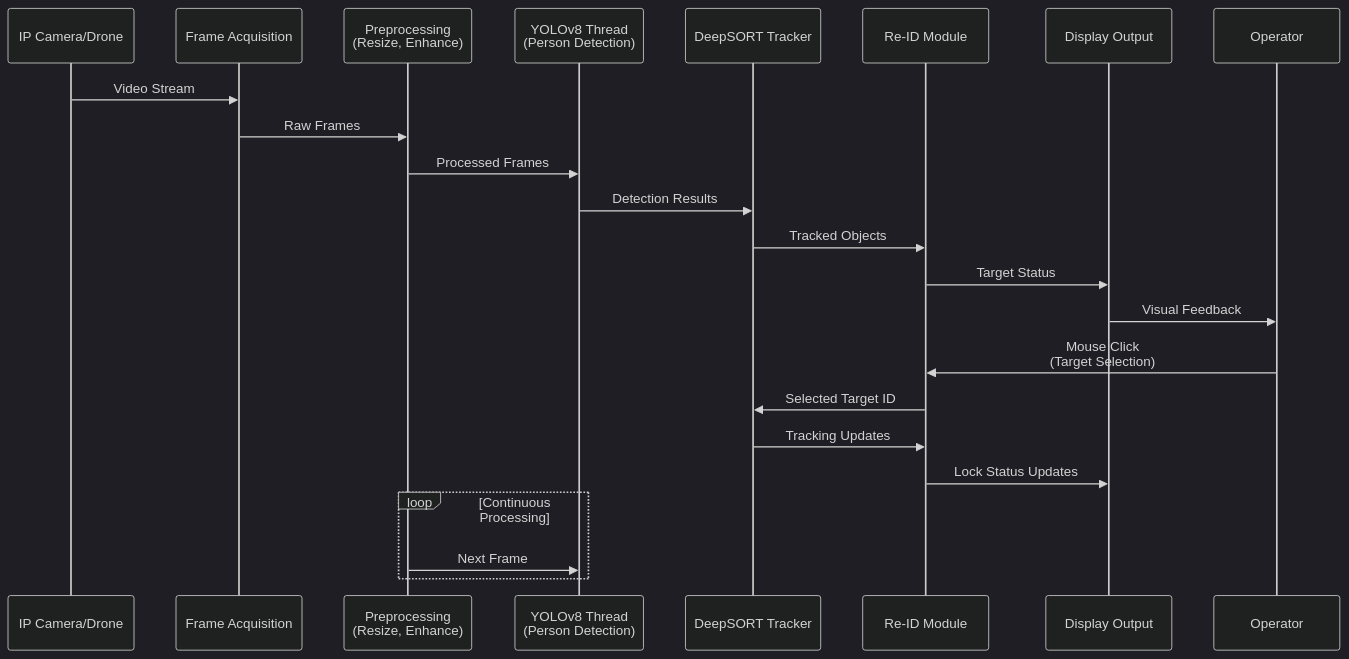
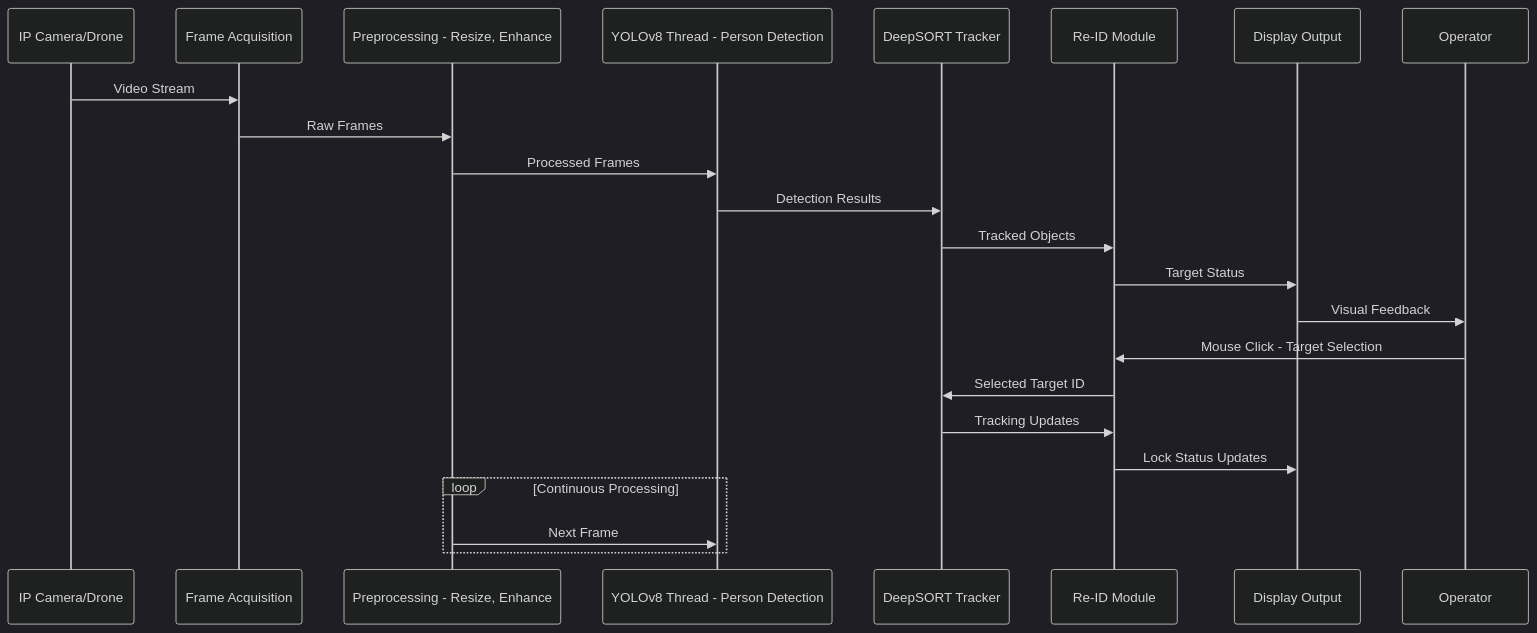
One commit to Shruti-454/ard_drone changed the second of 3 diagrams in README.md. Above: the diagram before and after it, drawn with Mermaid (dark theme). The commit also changed other lines of this file, not shown here.

First line of the commit message:
Fix Mermaid diagram syntax errors in README.md

````diff
--- a/README.md
+++ b/README.md
@@ -161,27 +161,27 @@
 ```mermaid
 sequenceDiagram
     participant Camera as IP Camera/Drone
     participant Acq as Frame Acquisition
-    participant Preprocess as Preprocessing<br/>(Resize, Enhance)
-    participant Yolo as YOLOv8 Thread<br/>(Person Detection)
+    participant Preprocess as Preprocessing - Resize, Enhance
+    participant Yolo as YOLOv8 Thread - Person Detection
     participant DeepSORT as DeepSORT Tracker
     participant ReID as Re-ID Module
     participant Display as Display Output
     participant User as Operator
 
     Camera->>Acq: Video Stream
     Acq->>Preprocess: Raw Frames
     Preprocess->>Yolo: Processed Frames
     Yolo->>DeepSORT: Detection Results
     DeepSORT->>ReID: Tracked Objects
     ReID->>Display: Target Status
     Display->>User: Visual Feedback
-    User->>ReID: Mouse Click<br/>(Target Selection)
+    User->>ReID: Mouse Click - Target Selection
     ReID->>DeepSORT: Selected Target ID
     DeepSORT->>ReID: Tracking Updates
     ReID->>Display: Lock Status Updates
     
     loop Continuous Processing
         Preprocess->>Yolo: Next Frame
     end
 ```
````
